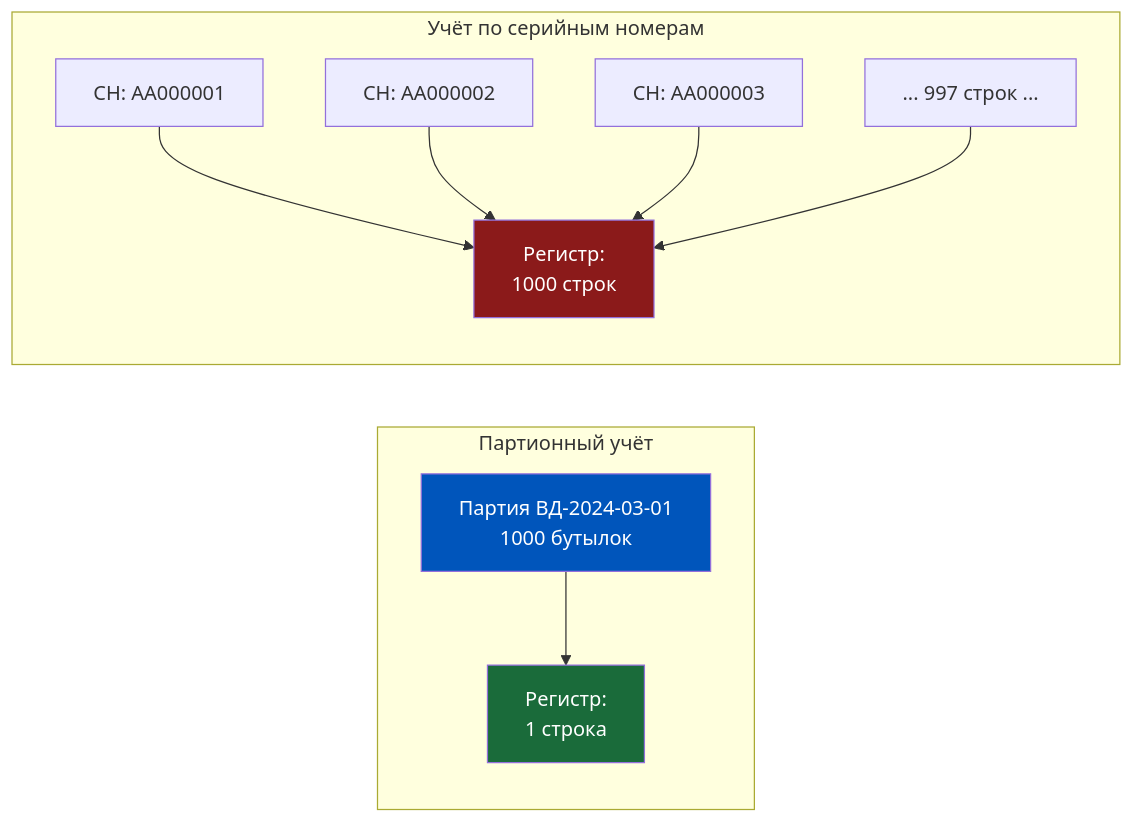
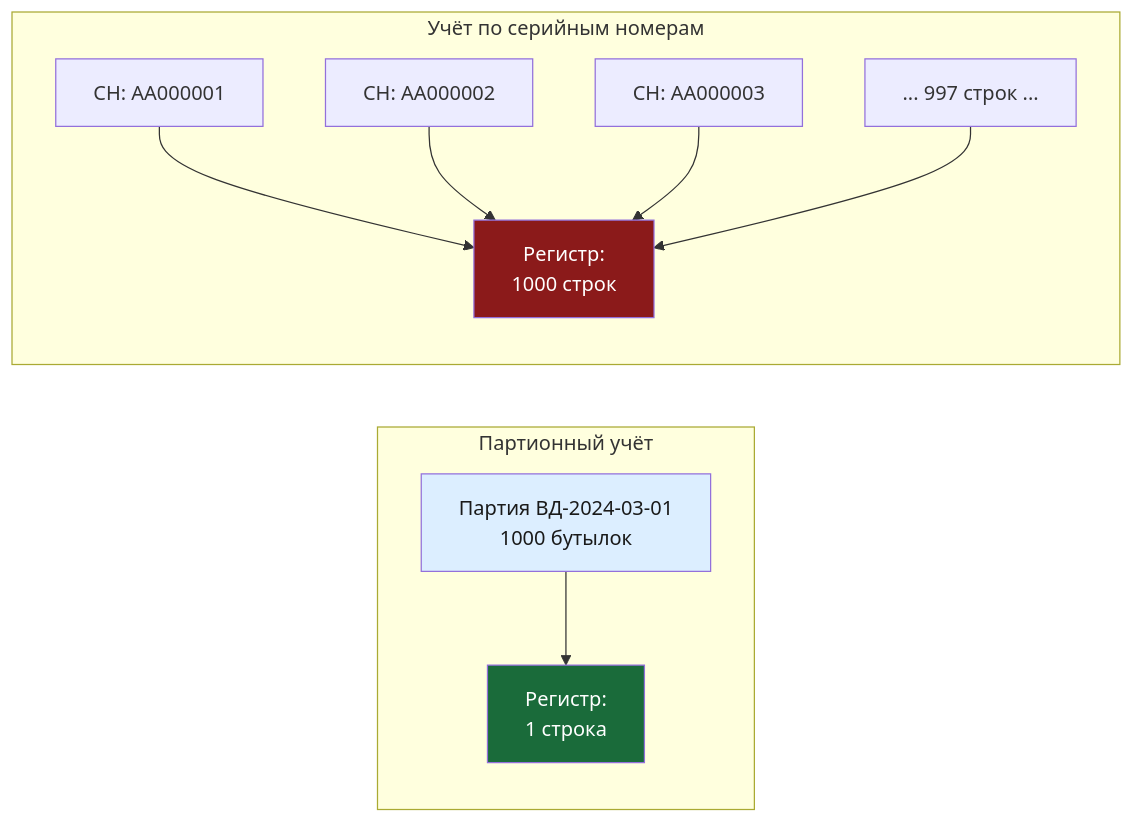
Before and after one commit to murad1986/1c-erp-quartz: the third of 7 diagrams in content/1c-erp/week_4/Неделя 4 - День 3 - Партионный учет и серийные номера.md, drawn with Mermaid. The commit also changed other lines of this file and 57 other files, not shown here.

First line of the commit message:
fix: Mermaid — пастельные цвета в источниках диаграмм (56 файлов)

````diff
--- a/content/1c-erp/week_4/Неделя 4 - День 3 - Партионный учет и серийные номера.md
+++ b/content/1c-erp/week_4/Неделя 4 - День 3 - Партионный учет и серийные номера.md
@@ -159,22 +159,22 @@
 ```mermaid
 graph LR
     subgraph Партионный учёт
         P1[Партия ВД-2024-03-01<br/>1000 бутылок]
         P1 --> P2[Регистр:<br/>1 строка]
     end
 
     subgraph Учёт по серийным номерам
         S1[СН: AA000001]
         S2[СН: AA000002]
         S3[СН: AA000003]
         S4[... 997 строк ...]
         S1 --> R1[Регистр:<br/>1000 строк]
         S2 --> R1
         S3 --> R1
         S4 --> R1
     end
 
-    style P1 fill:#0055BB,color:#fff
+    style P1 fill:#dceeff,color:#1a1a1a
     style R1 fill:#8B1A1A,color:#fff
     style P2 fill:#1a6b3a,color:#fff
 ```
````
